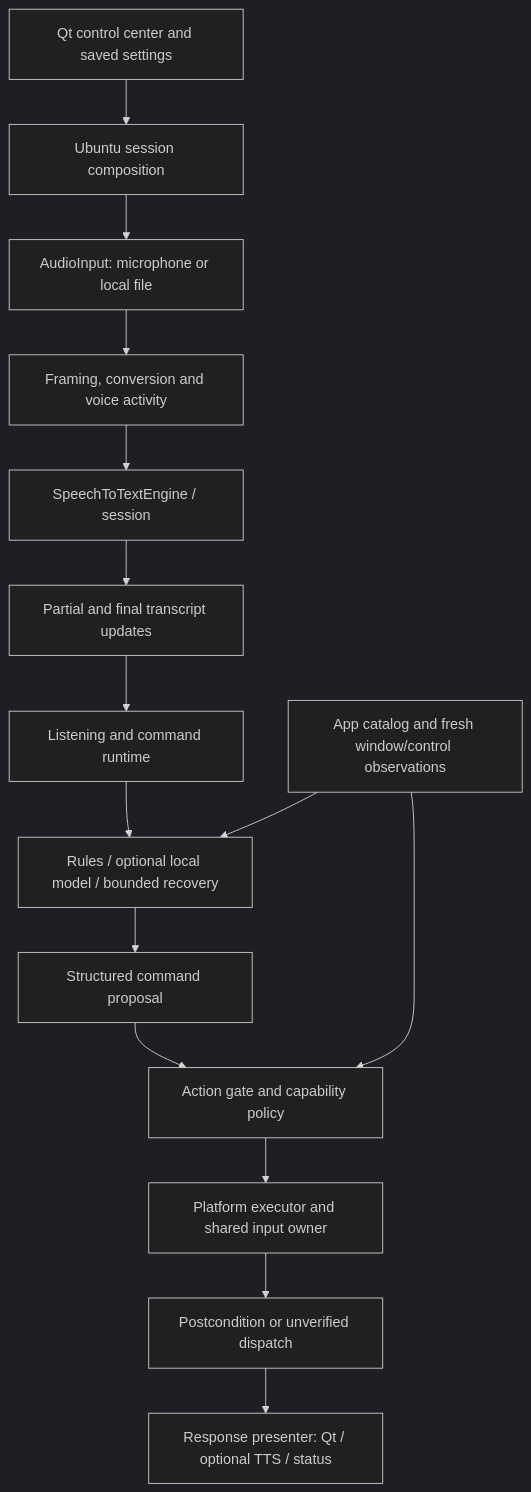
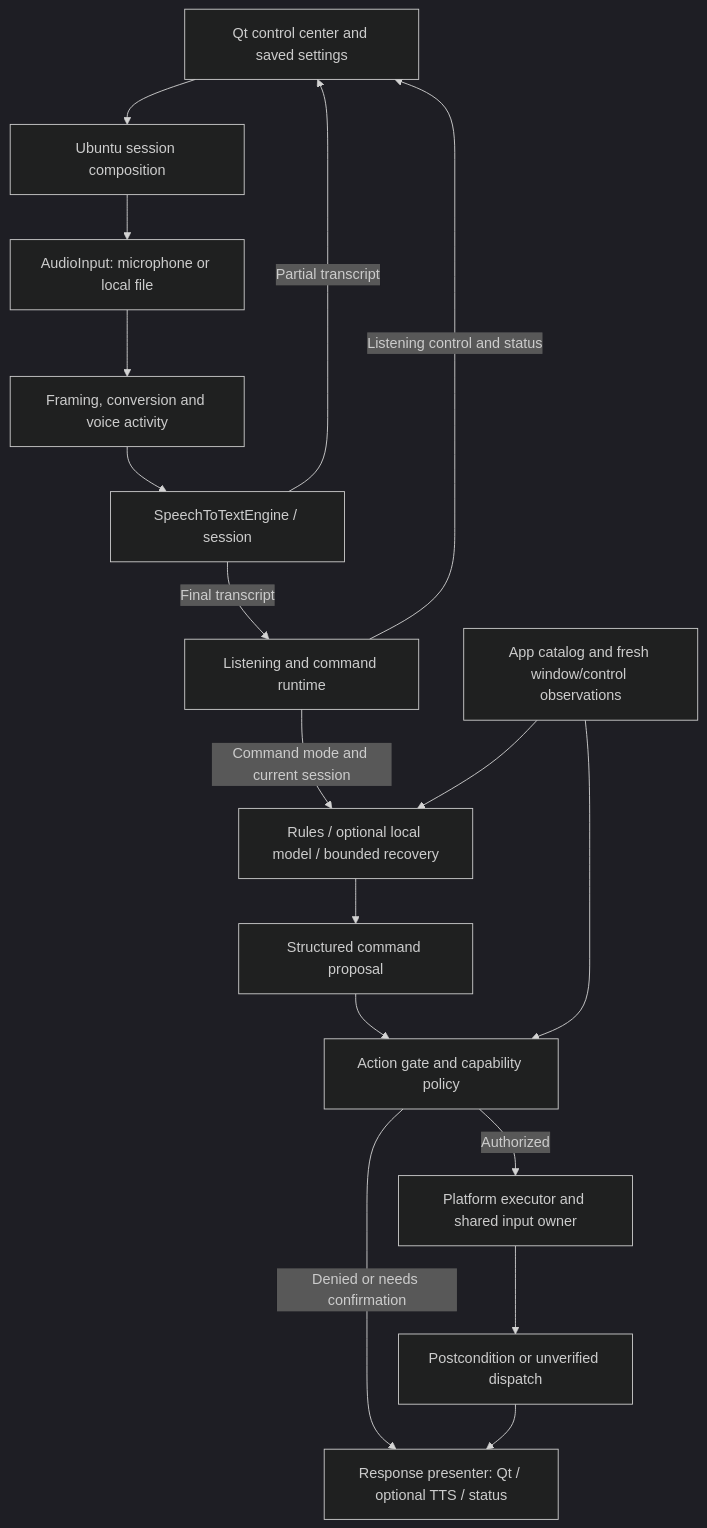
One commit to mohammadhosseinzakeri10/kyrin changed the diagram in docs/architecture/OVERVIEW.md. Above: the diagram before and after it, drawn with Mermaid (dark theme). The commit also changed other lines of this file and 12 other files, not shown here.

````diff
--- a/docs/architecture/OVERVIEW.md
+++ b/docs/architecture/OVERVIEW.md
@@ -10,17 +10,19 @@
 ```mermaid
 flowchart TD
     UI[Qt control center and saved settings] --> Composition[Ubuntu session composition]
     Composition --> Audio[AudioInput: microphone or local file]
     Audio --> Pipeline[Framing, conversion and voice activity]
     Pipeline --> STT[SpeechToTextEngine / session]
-    STT --> Updates[Partial and final transcript updates]
-    Updates --> Runtime[Listening and command runtime]
-    Runtime --> Understanding[Rules / optional local model / bounded recovery]
+    STT -->|Partial transcript| UI
+    STT -->|Final transcript| Runtime[Listening and command runtime]
+    Runtime -->|Command mode and current session| Understanding[Rules / optional local model / bounded recovery]
+    Runtime -->|Listening control and status| UI
     Understanding --> Proposal[Structured command proposal]
     Proposal --> Authorization[Action gate and capability policy]
     Desktop[App catalog and fresh window/control observations] --> Understanding
     Desktop --> Authorization
-    Authorization --> Executor[Platform executor and shared input owner]
+    Authorization -->|Authorized| Executor[Platform executor and shared input owner]
+    Authorization -->|Denied or needs confirmation| Response
     Executor --> Outcome[Postcondition or unverified dispatch]
     Outcome --> Response[Response presenter: Qt / optional TTS / status]
 ```
````
